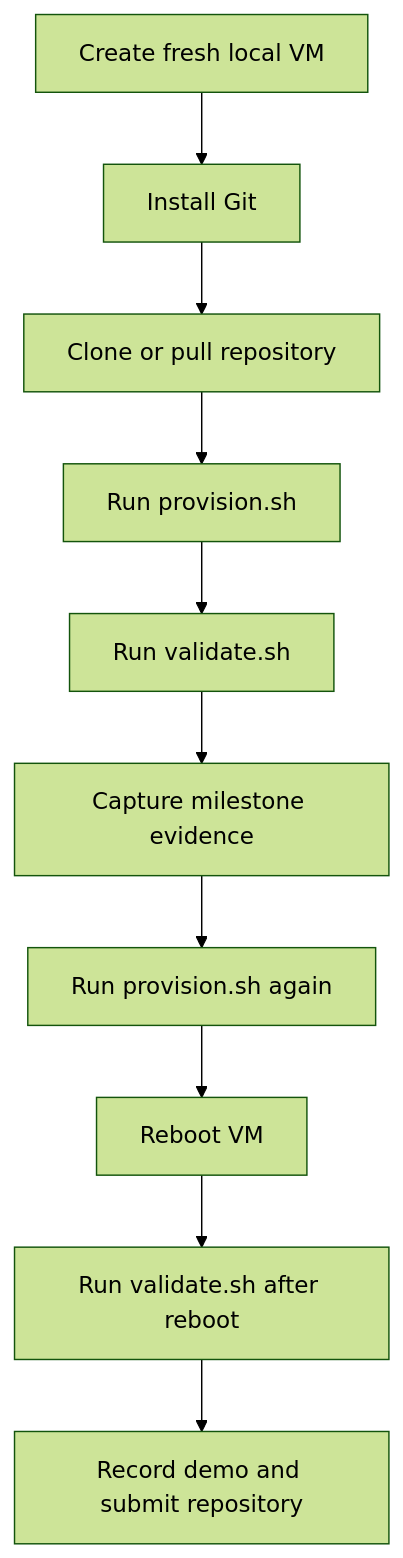
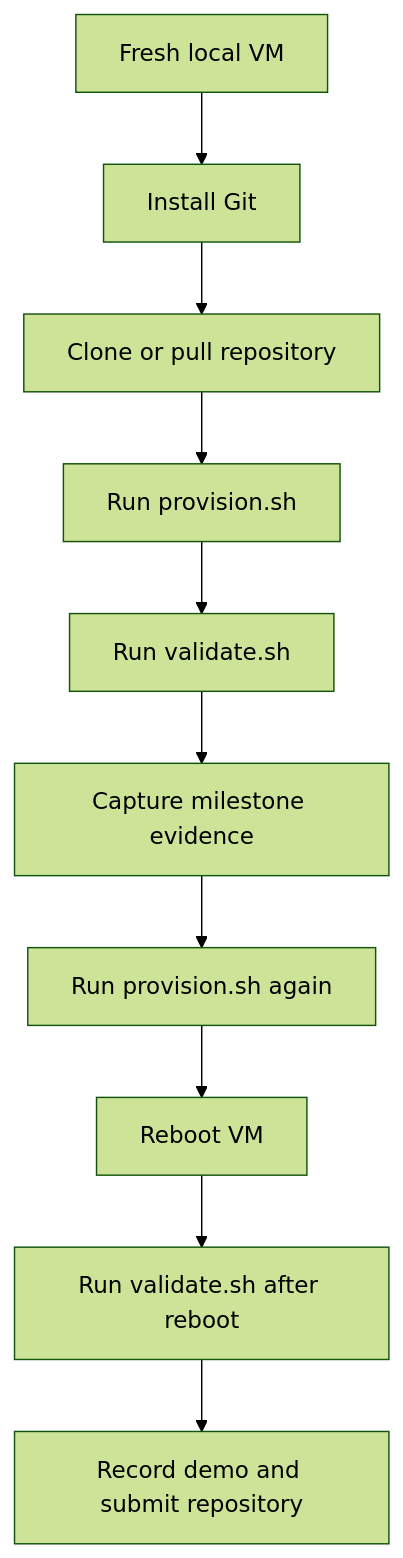
Before and after one commit to Ypsh2304/linux-infra-intern-lab: the second of 2 diagrams in README.md, drawn with Mermaid (forest theme). The commit also changed other lines of this file and 2 other files, not shown here.

````diff
--- a/README.md
+++ b/README.md
@@ -63,12 +55,12 @@
 ```mermaid
 flowchart TD
-    A["Create fresh local VM"] --> B["Install Git"]
-    B --> C["Clone or pull repository"]
-    C --> D["Run provision.sh"]
-    D --> E["Run validate.sh"]
-    E --> F["Capture milestone evidence"]
-    F --> G["Run provision.sh again"]
-    G --> H["Reboot VM"]
-    H --> AfterReboot["Run validate.sh after reboot"]
-    AfterReboot --> Submit["Record demo and submit repository"]
+    Fresh["Fresh local VM"] --> Git["Install Git"]
+    Git --> Repo["Clone or pull repository"]
+    Repo --> ProvisionRun["Run provision.sh"]
+    ProvisionRun --> ValidateRun["Run validate.sh"]
+    ValidateRun --> Evidence["Capture milestone evidence"]
+    Evidence --> SecondRun["Run provision.sh again"]
+    SecondRun --> Reboot["Reboot VM"]
+    Reboot --> FinalValidate["Run validate.sh after reboot"]
+    FinalValidate --> Submit["Record demo and submit repository"]
 ```
````
